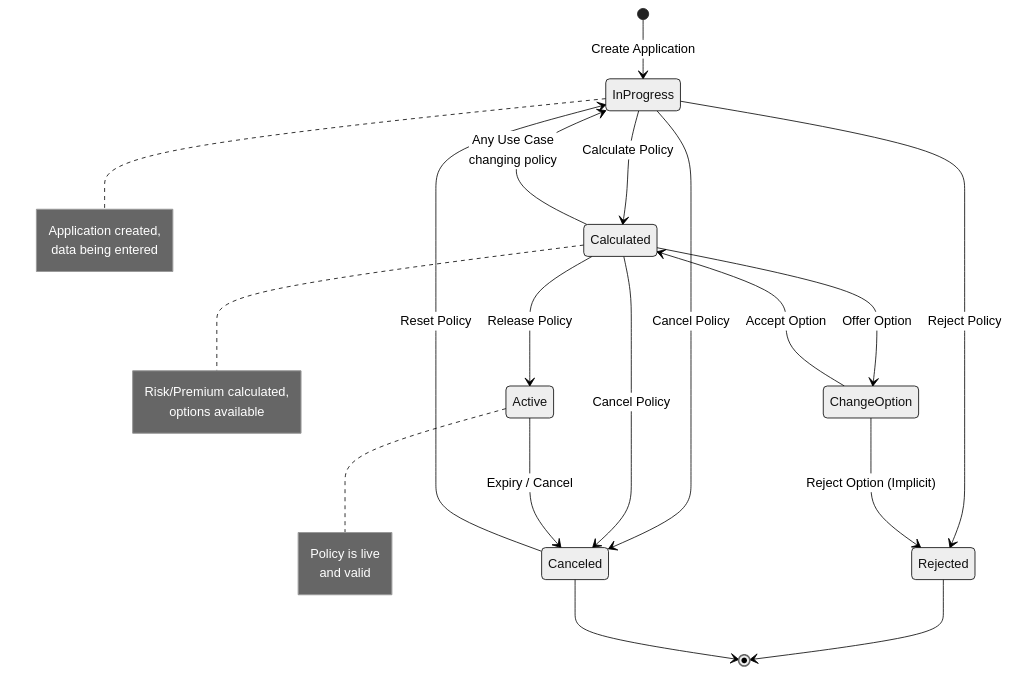
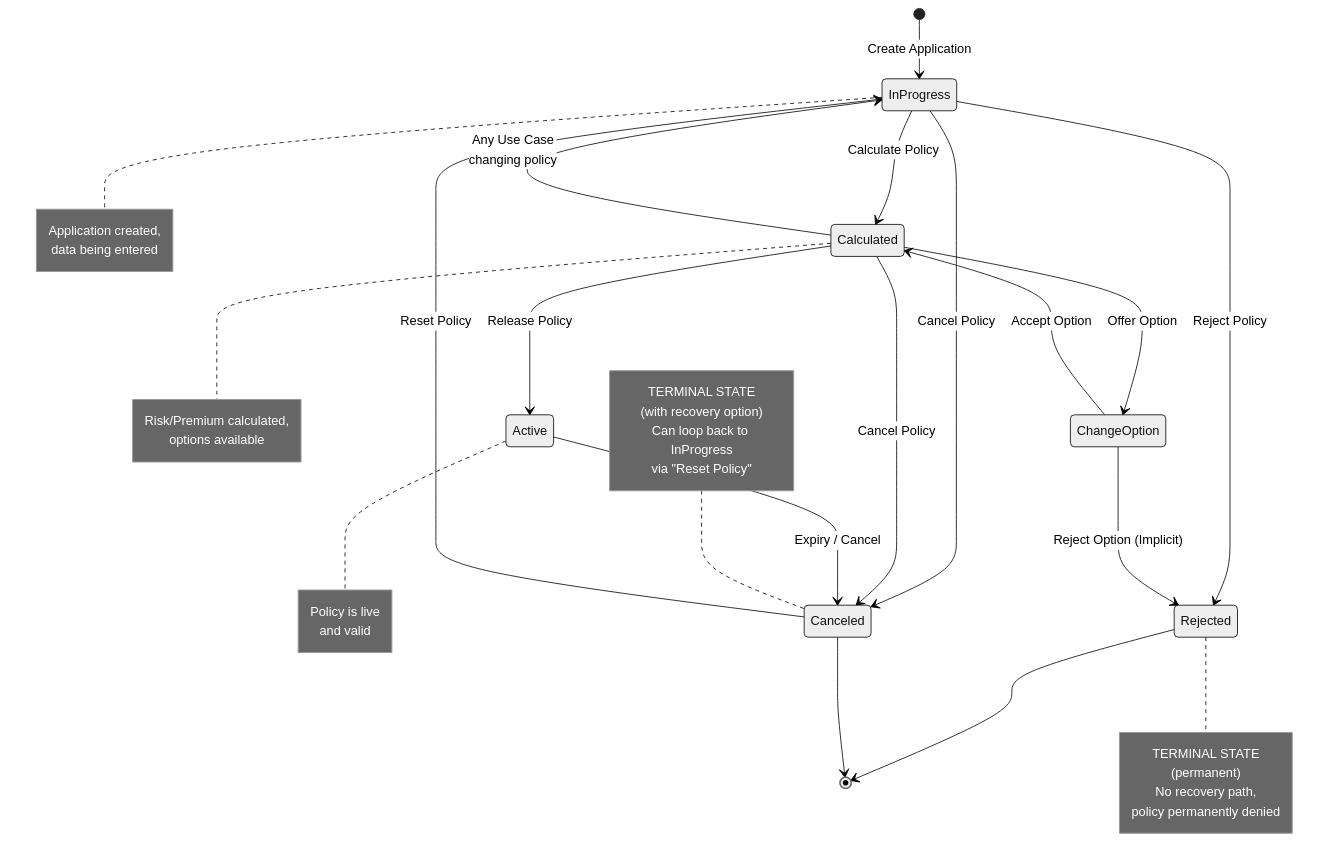
The diagram in 2_Evening 2 Diagram Overview/05-insurance-policy-lifecycle/README.md (ANcpLua/Advanced-Modeling), drawn with Mermaid (neutral theme) before and after one commit.

Commit message:
Add legend notes to insurance policy state diagram
- Clarify Canceled vs Rejected terminal states
- Canceled: recoverable terminal state (can Reset Policy)
- Rejected: permanent terminal state (no recovery path)
- Improves diagram readability and understanding

🤖 Generated with [Claude Code](https://claude.com/claude-code)

````diff
--- a/2_Evening 2 Diagram Overview/05-insurance-policy-lifecycle/README.md
+++ b/2_Evening 2 Diagram Overview/05-insurance-policy-lifecycle/README.md
@@ -27,38 +27,52 @@
 ```mermaid
 stateDiagram-v2
     [*] --> InProgress: Create Application
 
     InProgress --> Canceled: Cancel Policy
     InProgress --> Calculated: Calculate Policy
     InProgress --> Rejected: Reject Policy
 
     Calculated --> InProgress: Any Use Case<br/>changing policy
     Calculated --> Canceled: Cancel Policy
     Calculated --> Active: Release Policy
     Calculated --> ChangeOption: Offer Option
 
     ChangeOption --> Calculated: Accept Option
     ChangeOption --> Rejected: Reject Option (Implicit)
 
     Active --> Canceled: Expiry / Cancel
 
     Canceled --> InProgress: Reset Policy
 
     Rejected --> [*]
     Canceled --> [*]
 
     note right of InProgress
         Application created,
         data being entered
     end note
 
     note right of Calculated
         Risk/Premium calculated,
         options available
     end note
 
     note right of Active
         Policy is live
         and valid
     end note
+
+    note left of Canceled
+        TERMINAL STATE
+        (with recovery option)
+        Can loop back to InProgress
+        via "Reset Policy"
+    end note
+
+    note right of Rejected
+        TERMINAL STATE
+        (permanent)
+        No recovery path,
+        policy permanently denied
+    end note
 ```
````
